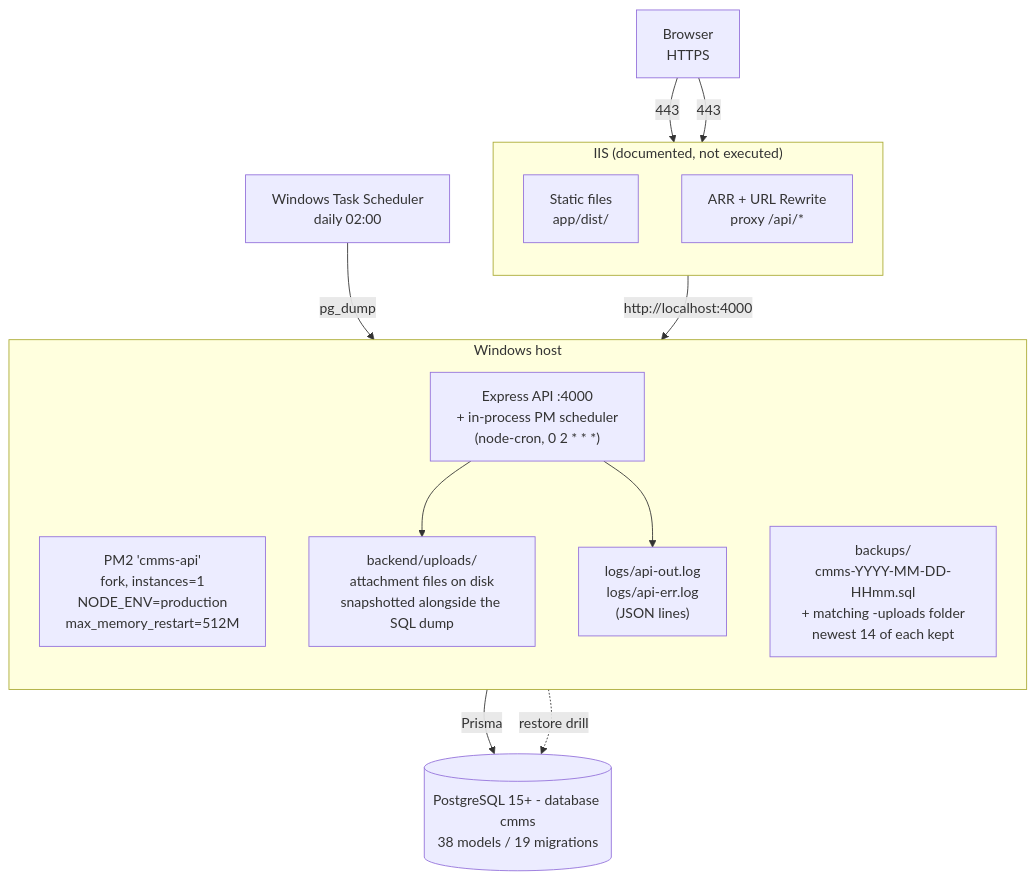
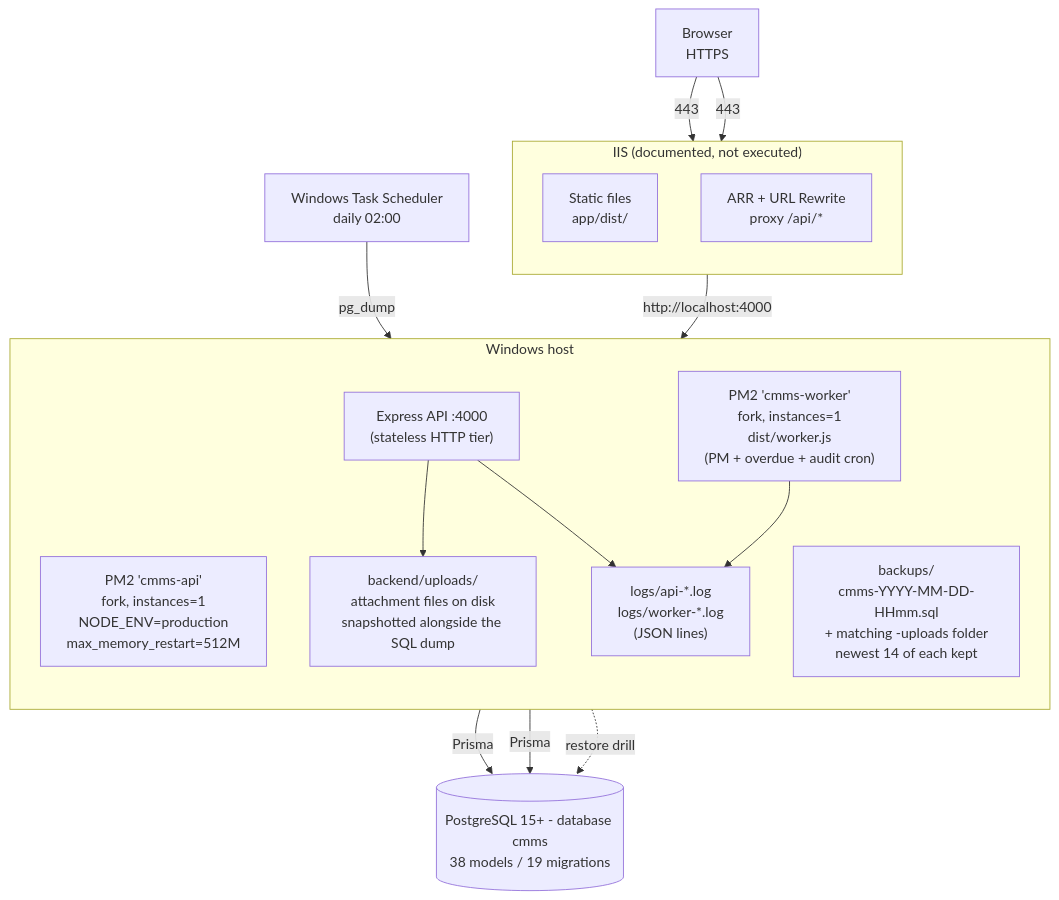
The diagram in docs/ARCHITECTURE.md (MohammedAlmaqan/CMMSproject), drawn with Mermaid before and after one commit. The commit also changed other lines of this file and 8 other files, not shown here.

````diff
--- a/docs/ARCHITECTURE.md
+++ b/docs/ARCHITECTURE.md
@@ -43,31 +43,34 @@
 ```mermaid
 flowchart TB
     B["Browser<br/>HTTPS"]
 
     subgraph IIS["IIS (documented, not executed)"]
         direction TB
         STATIC["Static files<br/>app/dist/"]
         PROXY["ARR + URL Rewrite<br/>proxy /api/*"]
     end
 
     subgraph HOST["Windows host"]
         direction TB
         PM2["PM2 'cmms-api'<br/>fork, instances=1<br/>NODE_ENV=production<br/>max_memory_restart=512M"]
-        API["Express API :4000<br/>+ in-process PM scheduler<br/>(node-cron, 0 2 * * *)"]
-        LOGS["logs/api-out.log<br/>logs/api-err.log<br/>(JSON lines)"]
+        API["Express API :4000<br/>(stateless HTTP tier)"]
+        WORKER["PM2 'cmms-worker'<br/>fork, instances=1<br/>dist/worker.js<br/>(PM + overdue + audit cron)"]
+        LOGS["logs/api-*.log<br/>logs/worker-*.log<br/>(JSON lines)"]
         UPL["backend/uploads/<br/>attachment files on disk<br/>snapshotted alongside the SQL dump"]
         BK["backups/<br/>cmms-YYYY-MM-DD-HHmm.sql<br/>+ matching -uploads folder<br/>newest 14 of each kept"]
     end
 
     DB[("PostgreSQL 15+ - database cmms<br/>38 models / 19 migrations")]
     TASKSCHED["Windows Task Scheduler<br/>daily 02:00"]
 
     B -->|443| STATIC
     B -->|443| PROXY
     PROXY -->|http://localhost:4000| API
     API -->|Prisma| DB
     API --> UPL
     API --> LOGS
+    WORKER -->|Prisma| DB
+    WORKER --> LOGS
     TASKSCHED -->|pg_dump| BK
     BK -.->|restore drill| DB
 ```
````
